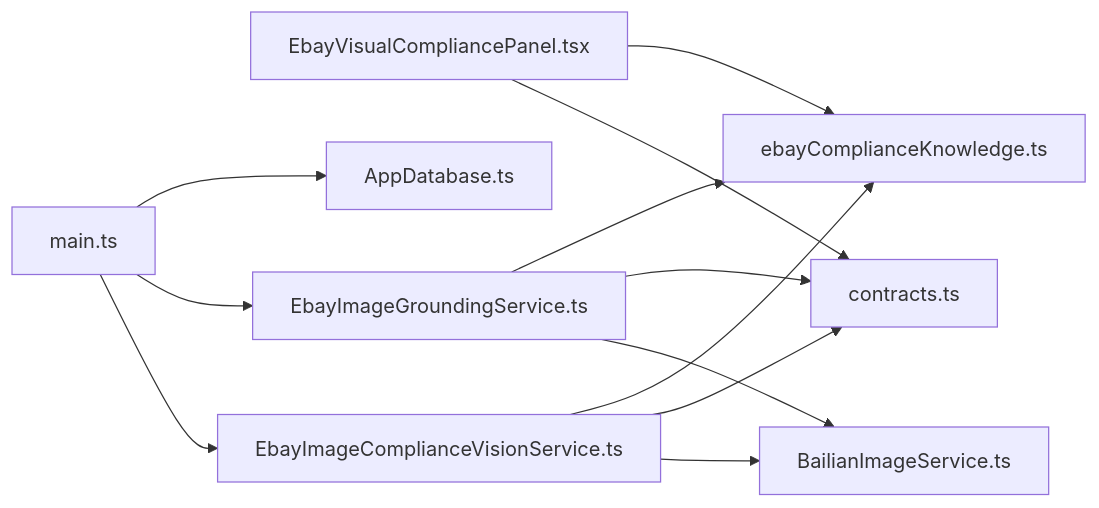
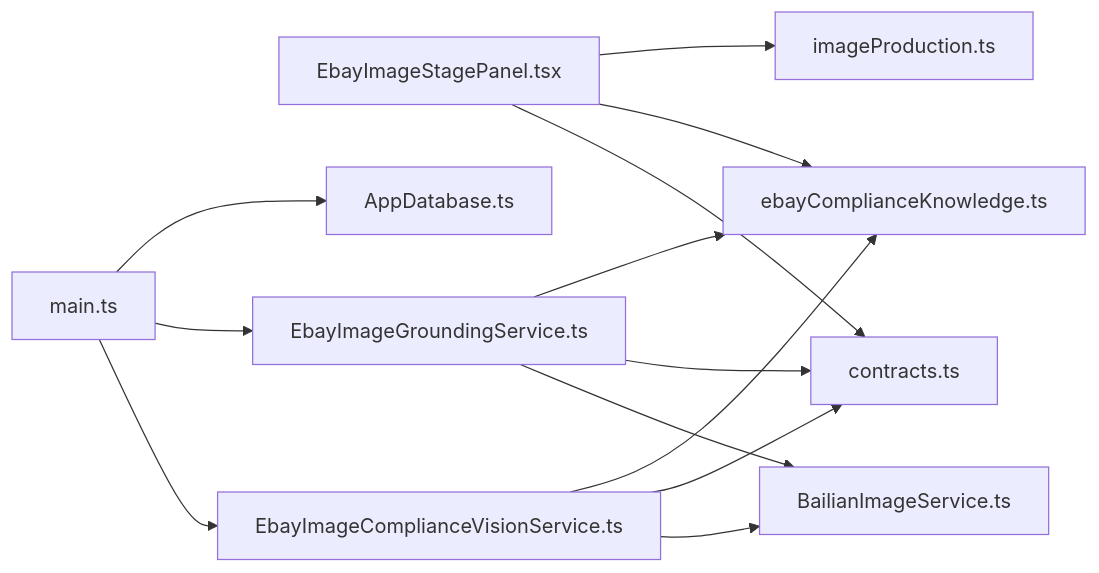
The sixth of 6 diagrams in .qoder/repowiki/zh/content/Ebay功能模块/图像合规检查/图像合规检查.md (iljahofbauer219-lang/yandu), drawn with Mermaid before and after one commit. The commit also changed other lines of this file and 3071 other files, not shown here.

````diff
--- a/.qoder/repowiki/zh/content/Ebay功能模块/图像合规检查/图像合规检查.md
+++ b/.qoder/repowiki/zh/content/Ebay功能模块/图像合规检查/图像合规检查.md
@@ -253,14 +252,15 @@
 ```mermaid
 graph LR
-UI["EbayVisualCompliancePanel.tsx"] --> Contracts["contracts.ts"]
+UI["EbayImageStagePanel.tsx"] --> Contracts["contracts.ts"]
 UI --> Knowledge["ebayComplianceKnowledge.ts"]
+UI --> ImageProd["imageProduction.ts"]
 Main["main.ts"] --> Vision["EbayImageComplianceVisionService.ts"]
 Main --> Ground["EbayImageGroundingService.ts"]
 Vision --> Bailian["BailianImageService.ts"]
 Ground --> Bailian
 Main --> DB["AppDatabase.ts"]
 Vision --> Contracts
 Ground --> Contracts
 Vision --> Knowledge
 Ground --> Knowledge
 ```
````
